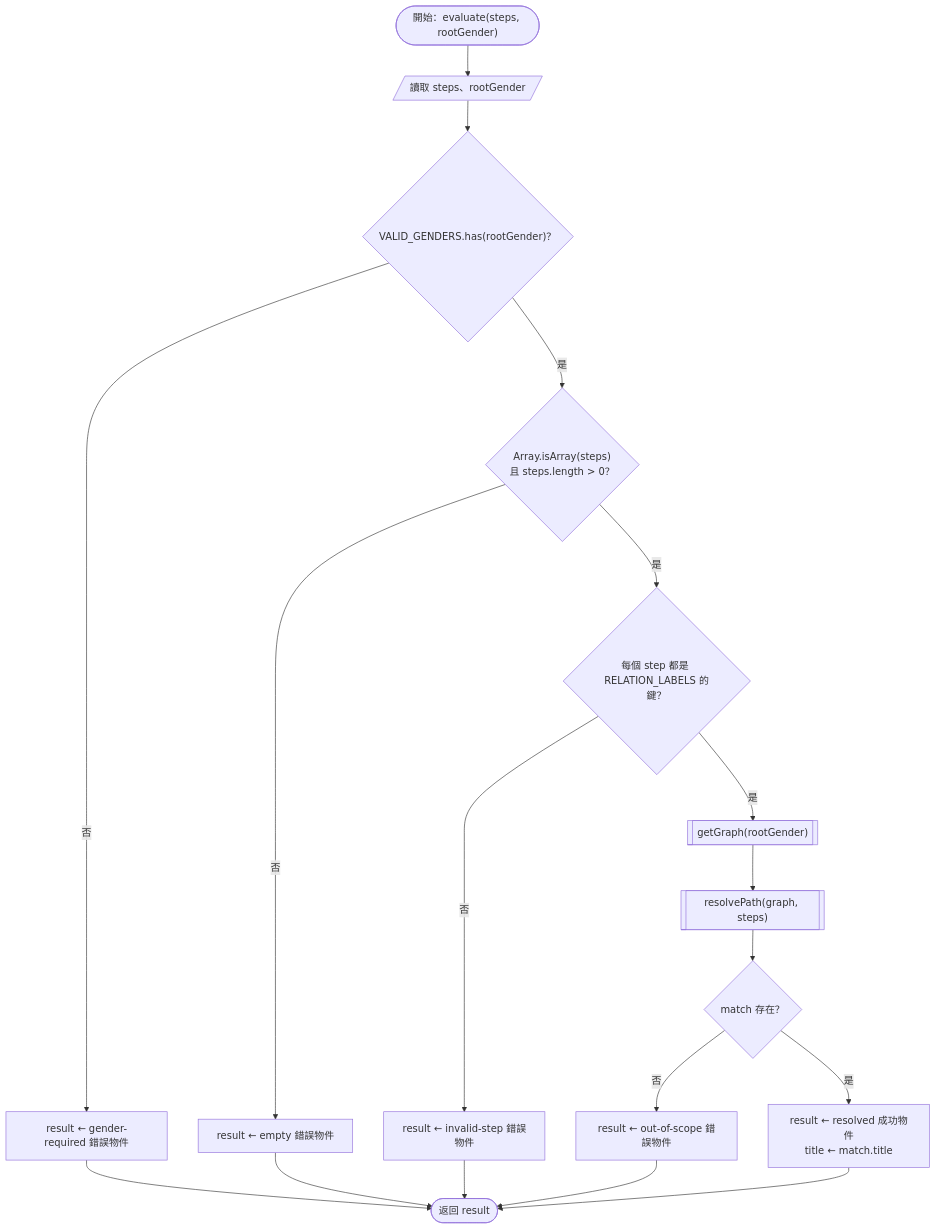
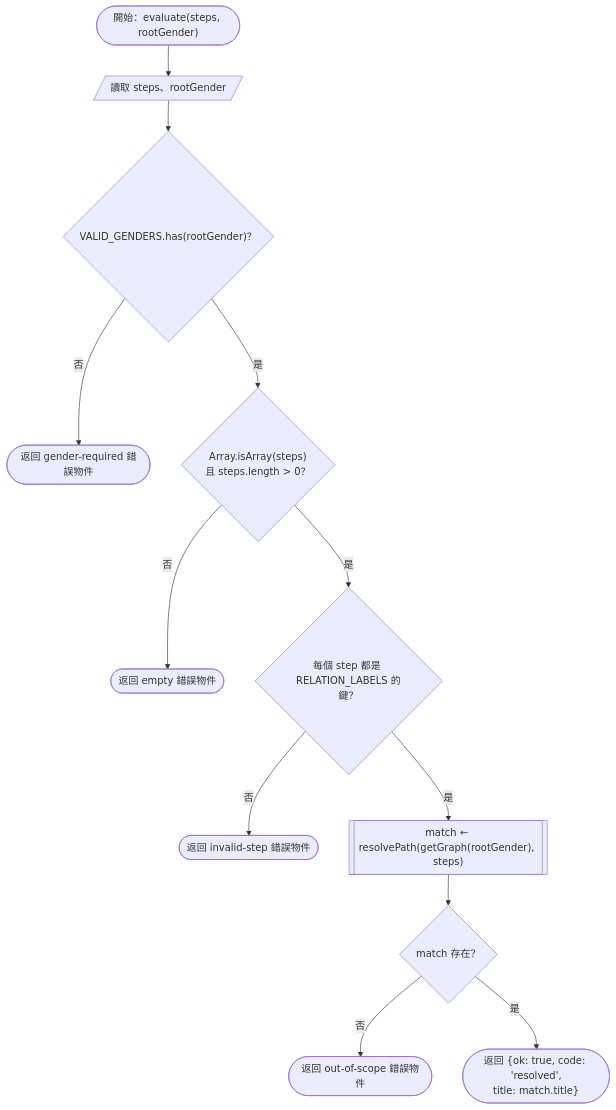
Diagram 19 of 29 in README.md (Chuen666666/hw3), drawn with Mermaid before and after one commit. The commit also changed other lines of this file, not shown here.

Commit message:
使流程圖回傳與迴圈貼合原始碼

````diff
--- a/README.md
+++ b/README.md
@@ -244,20 +244,14 @@
 ```mermaid
 flowchart TD
     START(["開始：evaluate(steps, rootGender)"]) --> INPUT[/"讀取 steps、rootGender"/]
     INPUT --> GENDER{"VALID_GENDERS.has(rootGender)？"}
-    GENDER -- "否" --> GENDER_ERROR["result ← gender-required 錯誤物件"]
+    GENDER -- "否" --> GENDER_ERROR(["返回 gender-required 錯誤物件"])
     GENDER -- "是" --> NONEMPTY{"Array.isArray(steps)<br/>且 steps.length > 0？"}
-    NONEMPTY -- "否" --> EMPTY_ERROR["result ← empty 錯誤物件"]
+    NONEMPTY -- "否" --> EMPTY_ERROR(["返回 empty 錯誤物件"])
     NONEMPTY -- "是" --> VALID{"每個 step 都是 RELATION_LABELS 的鍵？"}
-    VALID -- "否" --> INVALID_ERROR["result ← invalid-step 錯誤物件"]
-    VALID -- "是" --> GRAPH[["getGraph(rootGender)"]]
-    GRAPH --> RESOLVE[["resolvePath(graph, steps)"]]
+    VALID -- "否" --> INVALID_ERROR(["返回 invalid-step 錯誤物件"])
+    VALID -- "是" --> RESOLVE[["match ← resolvePath(getGraph(rootGender), steps)"]]
     RESOLVE --> MATCH{"match 存在？"}
-    MATCH -- "否" --> SCOPE_ERROR["result ← out-of-scope 錯誤物件"]
-    MATCH -- "是" --> SUCCESS["result ← resolved 成功物件<br/>title ← match.title"]
-    GENDER_ERROR --> RETURN(["返回 result"])
-    EMPTY_ERROR --> RETURN
-    INVALID_ERROR --> RETURN
-    SCOPE_ERROR --> RETURN
-    SUCCESS --> RETURN
+    MATCH -- "否" --> SCOPE_ERROR(["返回 out-of-scope 錯誤物件"])
+    MATCH -- "是" --> SUCCESS(["返回 {ok: true, code: 'resolved',<br/>title: match.title}"])
 ```
````
